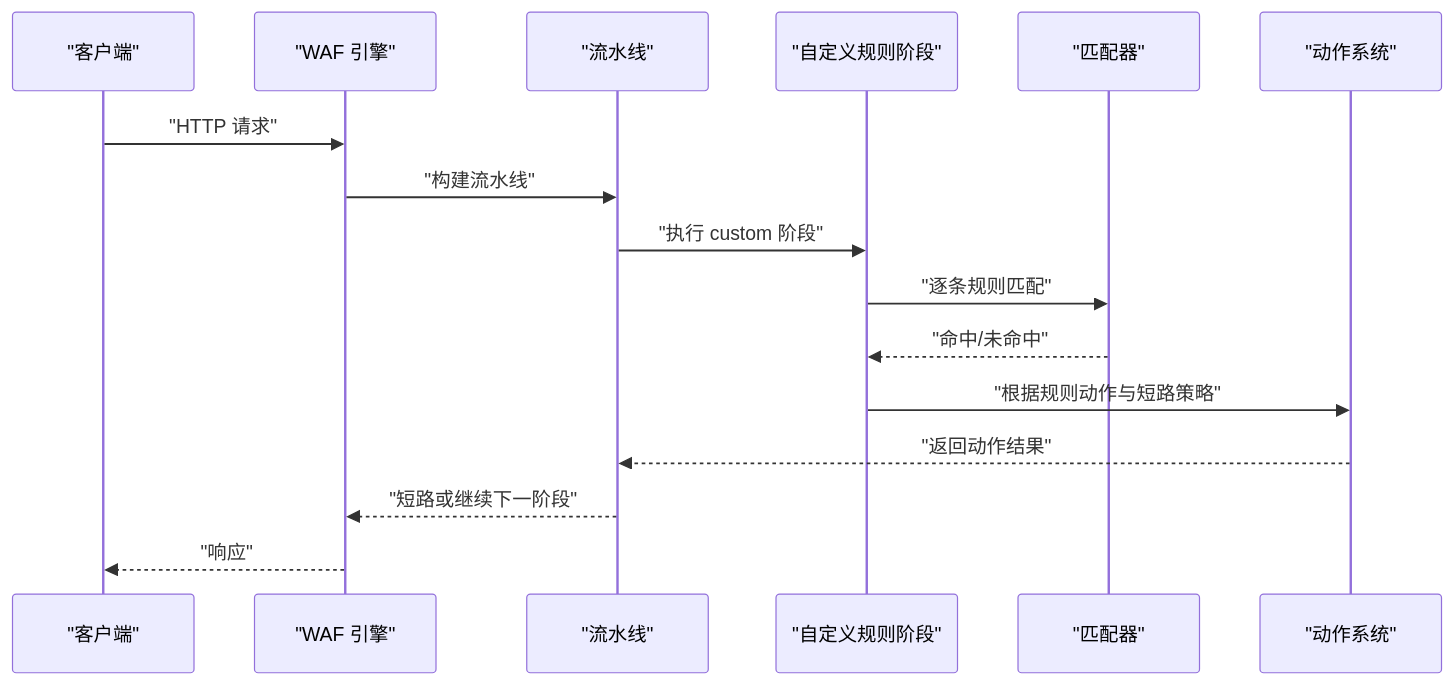
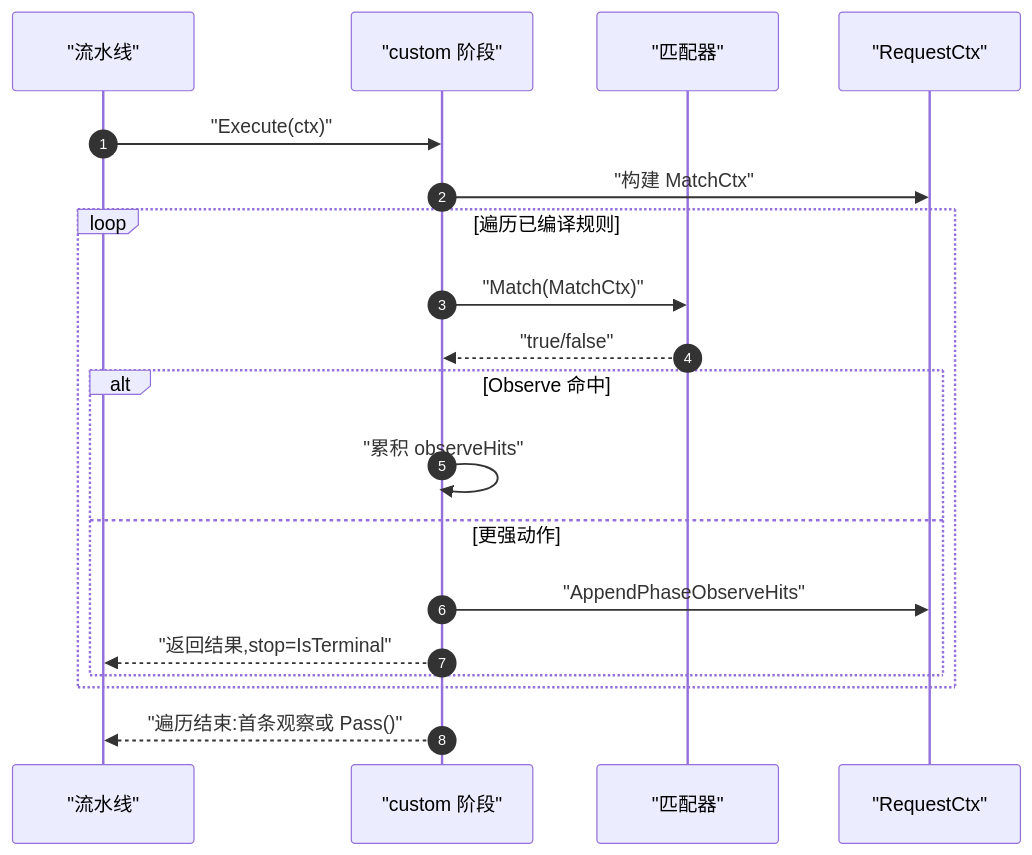
One commit to x01n/My-OpenWaf changed the first of 4 diagrams in docs/WAF 引擎系统/处理阶段详解/自定义规则阶段.md. Above: the diagram before and after it, drawn with Mermaid. The commit also changed other lines of this file and 622 other files, not shown here.

````diff
--- a/docs/WAF 引擎系统/处理阶段详解/自定义规则阶段.md
+++ b/docs/WAF 引擎系统/处理阶段详解/自定义规则阶段.md
@@ -137,18 +76,21 @@
 ```mermaid
 sequenceDiagram
-participant Client as "客户端"
-participant Engine as "WAF 引擎"
-participant Pipeline as "流水线"
-participant Custom as "自定义规则阶段"
-participant Matcher as "匹配器"
-participant Action as "动作系统"
-Client->>Engine : "HTTP 请求"
-Engine->>Pipeline : "构建流水线"
-Pipeline->>Custom : "执行 custom 阶段"
-Custom->>Matcher : "逐条规则匹配"
-Matcher-->>Custom : "命中/未命中"
-Custom->>Action : "根据规则动作与短路策略"
-Action-->>Pipeline : "返回动作结果"
-Pipeline-->>Engine : "短路或继续下一阶段"
-Engine-->>Client : "响应"
+  autonumber
+  participant Pipe as "流水线"
+  participant Custom as "custom 阶段"
+  participant Match as "匹配器"
+  participant Ctx as "RequestCtx"
+  Pipe->>Custom : "Execute(ctx)"
+  Custom->>Ctx : "构建 MatchCtx"
+  loop 遍历已编译规则
+    Custom->>Match : "Match(MatchCtx)"
+    Match-->>Custom : "true/false"
+    alt Observe 命中
+      Custom->>Custom : "累积 observeHits"
+    else 更强动作
+      Custom->>Ctx : "AppendPhaseObserveHits"
+      Custom-->>Pipe : "返回结果,stop=IsTerminal"
+    end
+  end
+  Custom-->>Pipe : "遍历结束:首条观察或 Pass()"
 ```
````
